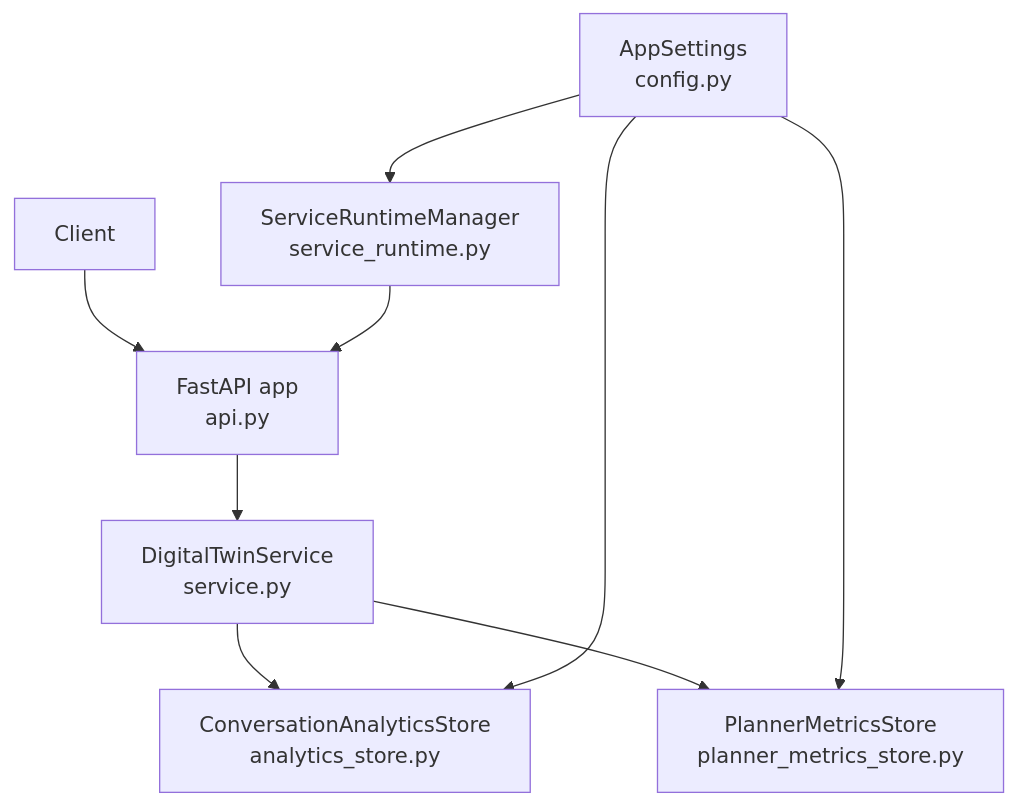
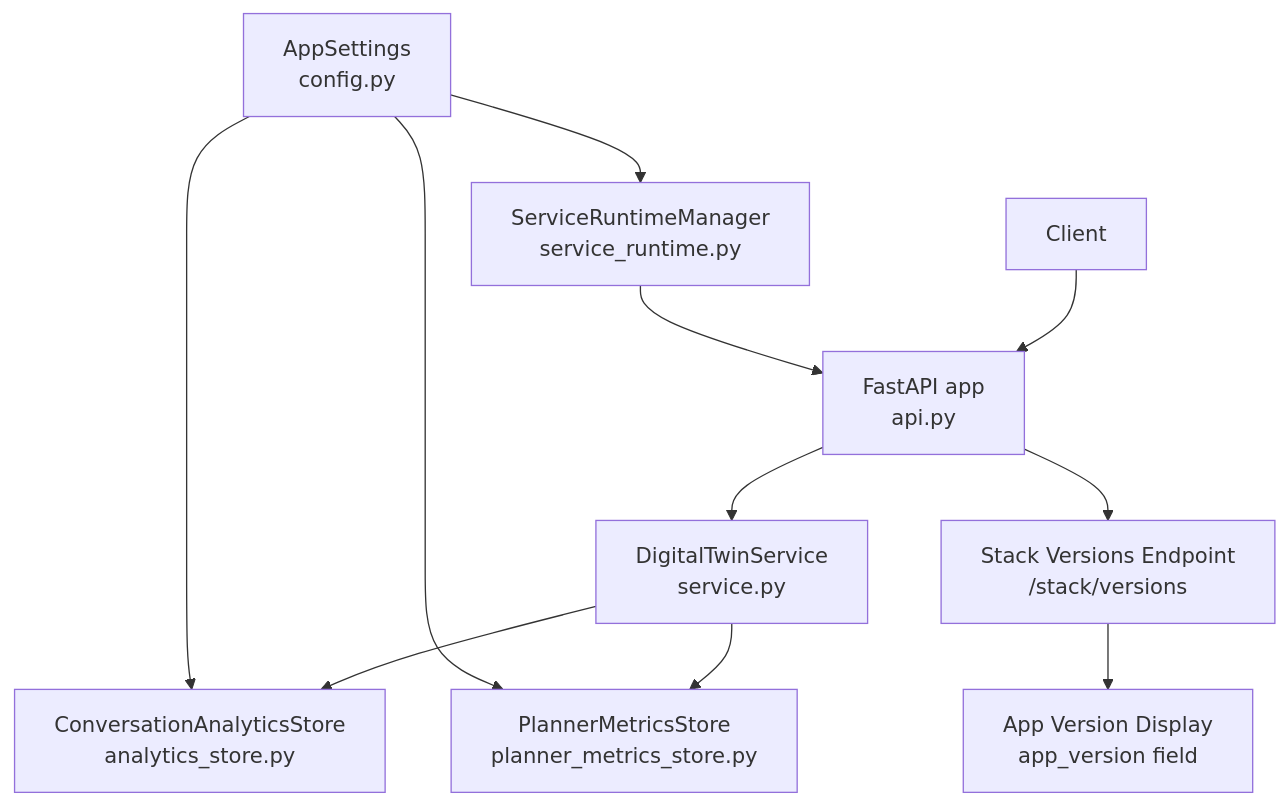
Before and after one commit to intellistream/sage-mate: the second of 8 diagrams in .qoder/repowiki/en/content/Deployment and Operations/Monitoring and Logging.md, drawn with Mermaid. The commit also changed other lines of this file and 45 other files, not shown here.

````diff
--- a/.qoder/repowiki/en/content/Deployment and Operations/Monitoring and Logging.md
+++ b/.qoder/repowiki/en/content/Deployment and Operations/Monitoring and Logging.md
@@ -108,18 +132,22 @@
 ```mermaid
 graph TB
 Client["Client"]
 API["FastAPI app<br/>api.py"]
 SVC["DigitalTwinService<br/>service.py"]
 AS["ConversationAnalyticsStore<br/>analytics_store.py"]
 PM["PlannerMetricsStore<br/>planner_metrics_store.py"]
 CFG["AppSettings<br/>config.py"]
 SRM["ServiceRuntimeManager<br/>service_runtime.py"]
+SV["Stack Versions Endpoint<br/>/stack/versions"]
+AV["App Version Display<br/>app_version field"]
 Client --> API
 API --> SVC
 SVC --> AS
 SVC --> PM
 CFG --> AS
 CFG --> PM
 CFG --> SRM
 SRM --> API
+API --> SV
+SV --> AV
 ```
````
